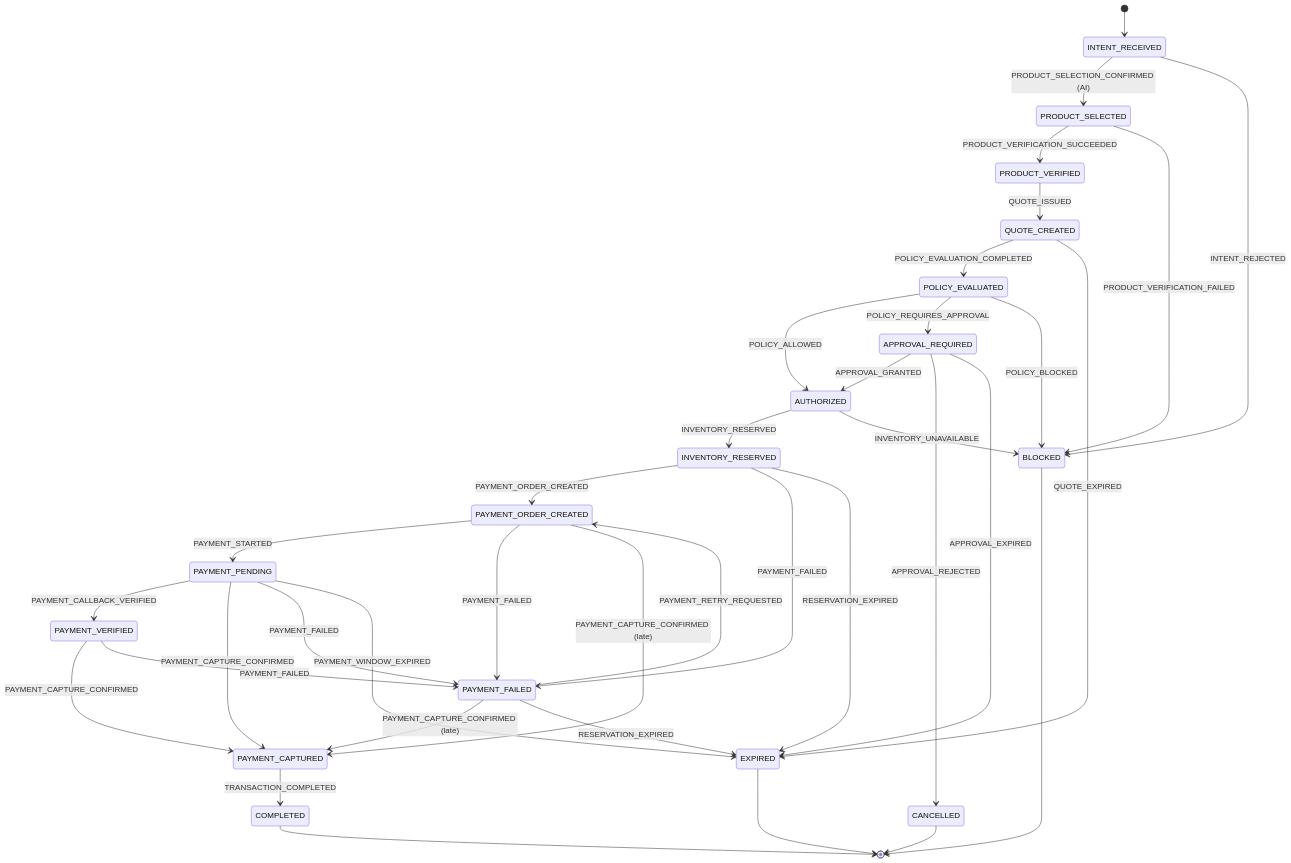
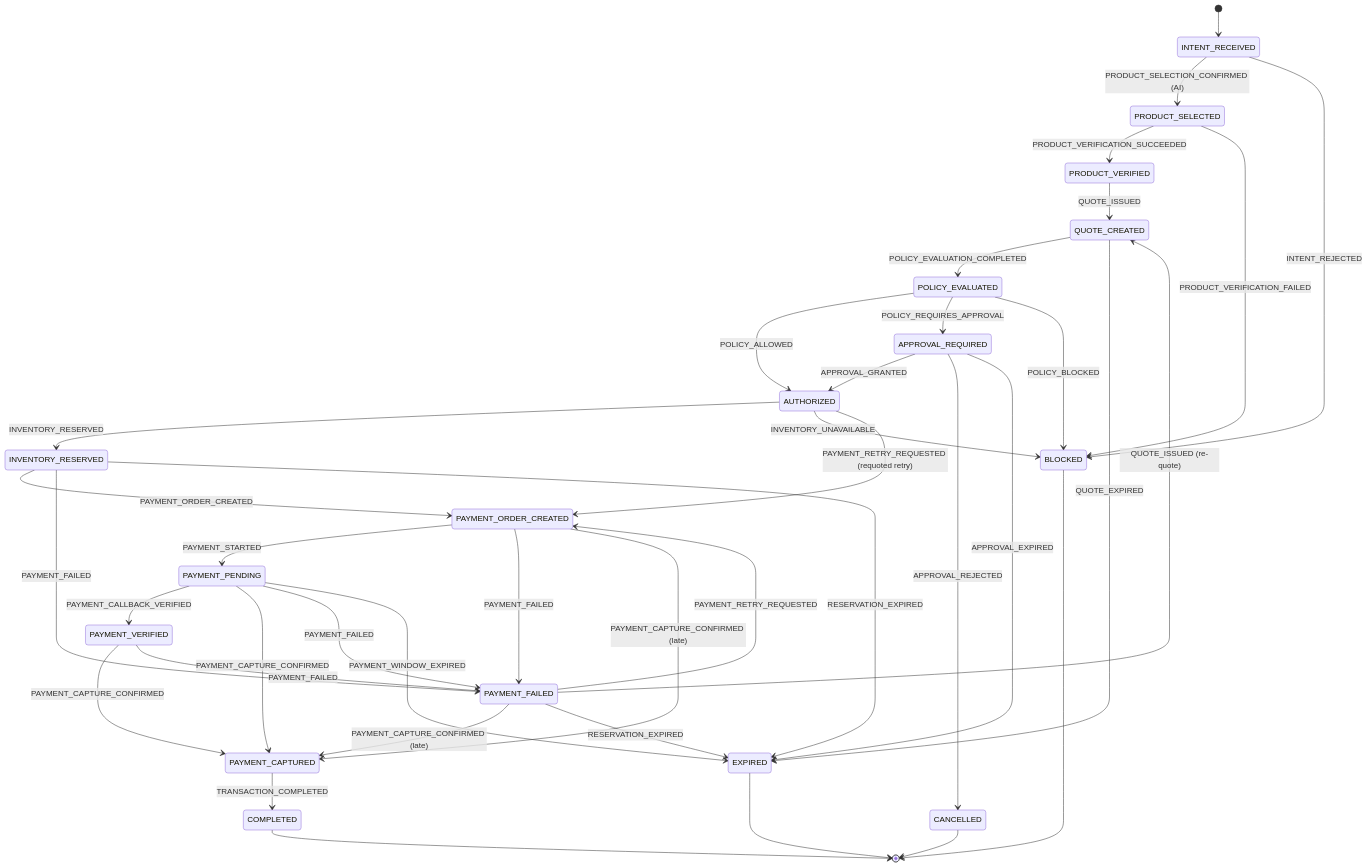
The diagram in docs/17-transaction-state-machine.md (TanmaySingh2711/razorpay-agentic-commerce), drawn with Mermaid before and after one commit. The commit also changed other lines of this file and 20 other files, not shown here.

````diff
--- a/docs/17-transaction-state-machine.md
+++ b/docs/17-transaction-state-machine.md
@@ -55,39 +55,41 @@
 ```mermaid
 stateDiagram-v2
   [*] --> INTENT_RECEIVED
   INTENT_RECEIVED --> PRODUCT_SELECTED: PRODUCT_SELECTION_CONFIRMED (AI)
   INTENT_RECEIVED --> BLOCKED: INTENT_REJECTED
   PRODUCT_SELECTED --> PRODUCT_VERIFIED: PRODUCT_VERIFICATION_SUCCEEDED
   PRODUCT_SELECTED --> BLOCKED: PRODUCT_VERIFICATION_FAILED
   PRODUCT_VERIFIED --> QUOTE_CREATED: QUOTE_ISSUED
   QUOTE_CREATED --> POLICY_EVALUATED: POLICY_EVALUATION_COMPLETED
   QUOTE_CREATED --> EXPIRED: QUOTE_EXPIRED
   POLICY_EVALUATED --> AUTHORIZED: POLICY_ALLOWED
   POLICY_EVALUATED --> APPROVAL_REQUIRED: POLICY_REQUIRES_APPROVAL
   POLICY_EVALUATED --> BLOCKED: POLICY_BLOCKED
   APPROVAL_REQUIRED --> AUTHORIZED: APPROVAL_GRANTED
   APPROVAL_REQUIRED --> CANCELLED: APPROVAL_REJECTED
   APPROVAL_REQUIRED --> EXPIRED: APPROVAL_EXPIRED
   AUTHORIZED --> INVENTORY_RESERVED: INVENTORY_RESERVED
   AUTHORIZED --> BLOCKED: INVENTORY_UNAVAILABLE
+  AUTHORIZED --> PAYMENT_ORDER_CREATED: PAYMENT_RETRY_REQUESTED (requoted retry)
   INVENTORY_RESERVED --> PAYMENT_ORDER_CREATED: PAYMENT_ORDER_CREATED
   INVENTORY_RESERVED --> PAYMENT_FAILED: PAYMENT_FAILED
   INVENTORY_RESERVED --> EXPIRED: RESERVATION_EXPIRED
   PAYMENT_ORDER_CREATED --> PAYMENT_PENDING: PAYMENT_STARTED
   PAYMENT_ORDER_CREATED --> PAYMENT_FAILED: PAYMENT_FAILED
   PAYMENT_ORDER_CREATED --> PAYMENT_CAPTURED: PAYMENT_CAPTURE_CONFIRMED (late)
   PAYMENT_PENDING --> PAYMENT_VERIFIED: PAYMENT_CALLBACK_VERIFIED
   PAYMENT_PENDING --> PAYMENT_CAPTURED: PAYMENT_CAPTURE_CONFIRMED
   PAYMENT_PENDING --> PAYMENT_FAILED: PAYMENT_FAILED
   PAYMENT_PENDING --> EXPIRED: PAYMENT_WINDOW_EXPIRED
   PAYMENT_VERIFIED --> PAYMENT_CAPTURED: PAYMENT_CAPTURE_CONFIRMED
   PAYMENT_VERIFIED --> PAYMENT_FAILED: PAYMENT_FAILED
   PAYMENT_CAPTURED --> COMPLETED: TRANSACTION_COMPLETED
   PAYMENT_FAILED --> PAYMENT_ORDER_CREATED: PAYMENT_RETRY_REQUESTED
+  PAYMENT_FAILED --> QUOTE_CREATED: QUOTE_ISSUED (re-quote)
   PAYMENT_FAILED --> PAYMENT_CAPTURED: PAYMENT_CAPTURE_CONFIRMED (late)
   PAYMENT_FAILED --> EXPIRED: RESERVATION_EXPIRED
   COMPLETED --> [*]
   BLOCKED --> [*]
   CANCELLED --> [*]
   EXPIRED --> [*]
 ```
````
